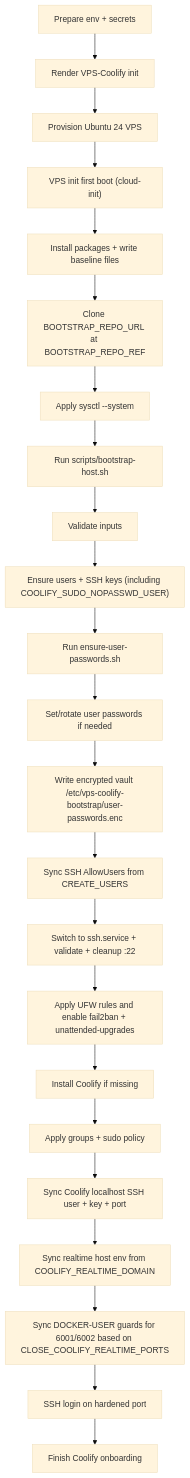
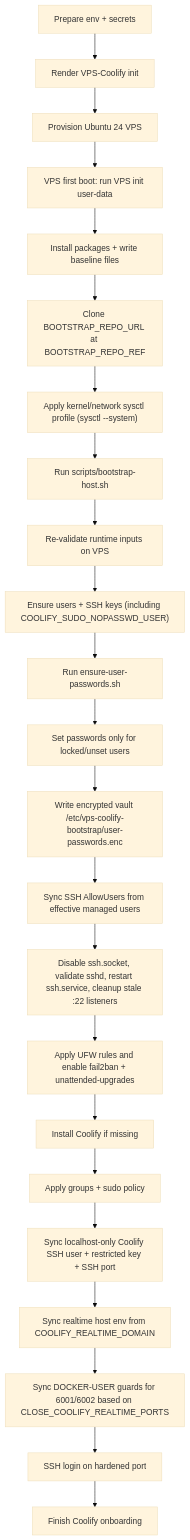
The diagram in docs/bootstrap-flow.md (rigu/vps-coolify-bootstrap), drawn with Mermaid (base theme) before and after one commit. The commit also changed other lines of this file and 10 other files, not shown here.

````diff
--- a/docs/bootstrap-flow.md
+++ b/docs/bootstrap-flow.md
@@ -31,25 +31,25 @@
 ```mermaid
 flowchart TD
   A["Prepare env + secrets"] --> B["Render VPS-Coolify init"]
   B --> C["Provision Ubuntu 24 VPS"]
-  C --> D["VPS init first boot (cloud-init)"]
+  C --> D["VPS first boot: run VPS init user-data"]
   D --> E["Install packages + write baseline files"]
   E --> F["Clone BOOTSTRAP_REPO_URL at BOOTSTRAP_REPO_REF"]
-  F --> G["Apply sysctl --system"]
+  F --> G["Apply kernel/network sysctl profile (sysctl --system)"]
   G --> H["Run scripts/bootstrap-host.sh"]
-  H --> H1["Validate inputs"]
+  H --> H1["Re-validate runtime inputs on VPS"]
   H1 --> I["Ensure users + SSH keys (including COOLIFY_SUDO_NOPASSWD_USER)"]
   I --> J["Run ensure-user-passwords.sh"]
-  J --> K["Set/rotate user passwords if needed"]
+  J --> K["Set passwords only for locked/unset users"]
   K --> L["Write encrypted vault /etc/vps-coolify-bootstrap/user-passwords.enc"]
-  L --> M["Sync SSH AllowUsers from CREATE_USERS"]
-  M --> N["Switch to ssh.service + validate + cleanup :22"]
+  L --> M["Sync SSH AllowUsers from effective managed users"]
+  M --> N["Disable ssh.socket, validate sshd, restart ssh.service, cleanup stale :22 listeners"]
   N --> O["Apply UFW rules and enable fail2ban + unattended-upgrades"]
   O --> P["Install Coolify if missing"]
   P --> R["Apply groups + sudo policy"]
-  R --> Q["Sync Coolify localhost SSH user + key + port"]
+  R --> Q["Sync localhost-only Coolify SSH user + restricted key + SSH port"]
   Q --> Q1["Sync realtime host env from COOLIFY_REALTIME_DOMAIN"]
   Q1 --> S["Sync DOCKER-USER guards for 6001/6002 based on CLOSE_COOLIFY_REALTIME_PORTS"]
   S --> T["SSH login on hardened port"]
   T --> U["Finish Coolify onboarding"]
 ```
````
